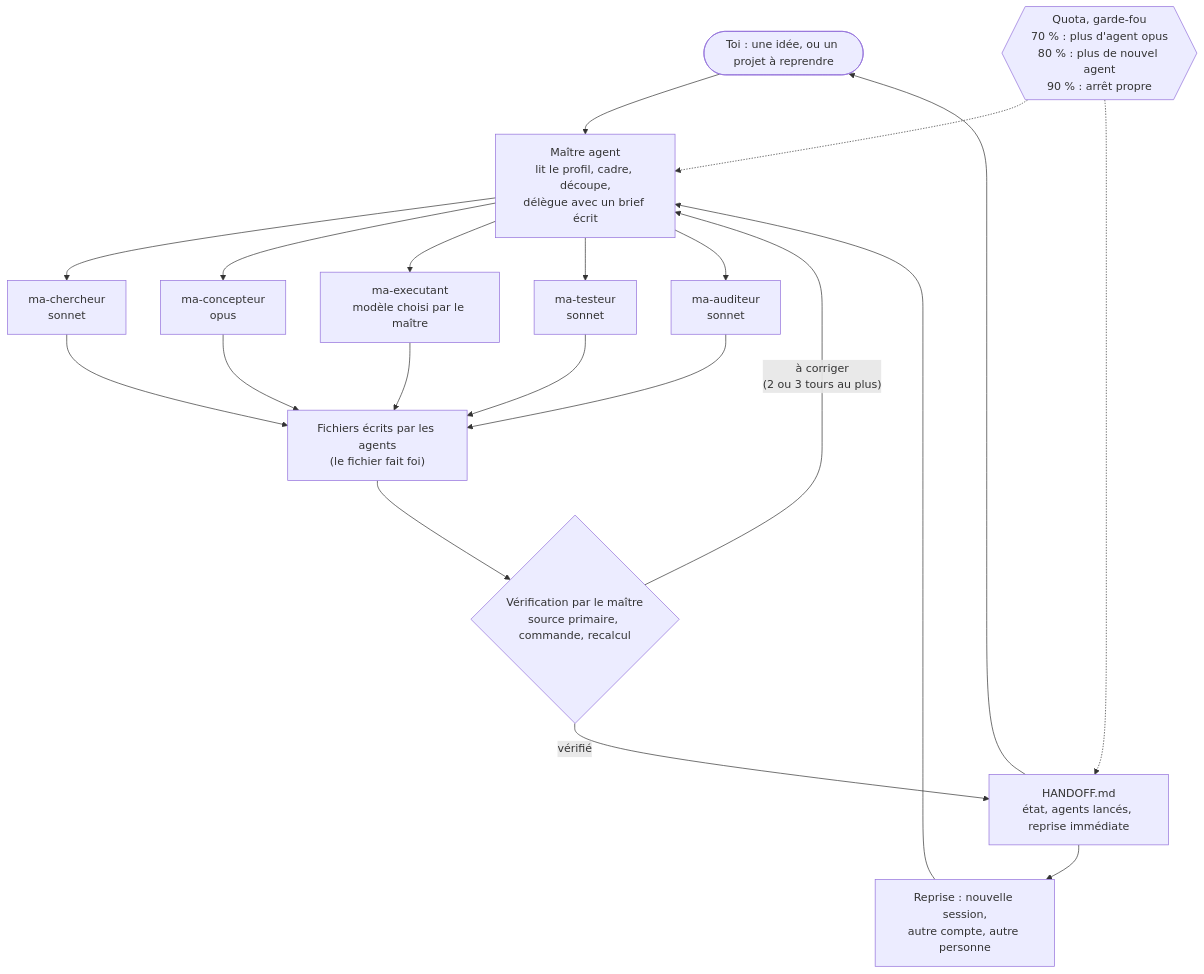
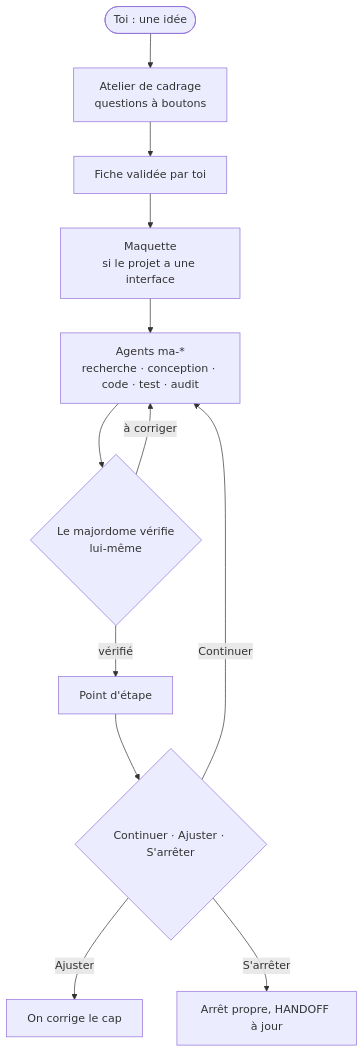
Before and after one commit to MalikChopa/diapason: the diagram in README.md, drawn with Mermaid. The commit also changed other lines of this file and 119 other files, not shown here.

Commit message:
majordome v1.4.0 : nouveau nom (ex-maitre-agent), correctifs des simulations, README court et guide

````diff
--- a/README.md
+++ b/README.md
@@ -50,26 +18,14 @@
 ```mermaid
 flowchart TD
-    U(["Toi : une idée, ou un projet à reprendre"]) --> M["Maître agent<br/>lit le profil, cadre, découpe,<br/>délègue avec un brief écrit"]
-
-    M --> A1["ma-chercheur<br/>sonnet"]
-    M --> A2["ma-concepteur<br/>opus"]
-    M --> A3["ma-executant<br/>modèle choisi par le maître"]
-    M --> A4["ma-testeur<br/>sonnet"]
-    M --> A5["ma-auditeur<br/>sonnet"]
-
-    A1 --> F["Fichiers écrits par les agents<br/>(le fichier fait foi)"]
-    A2 --> F
-    A3 --> F
-    A4 --> F
-    A5 --> F
-
-    F --> V{"Vérification par le maître<br/>source primaire, commande, recalcul"}
-    V -- "à corriger<br/>(2 ou 3 tours au plus)" --> M
-    V -- "vérifié" --> H["HANDOFF.md<br/>état, agents lancés, reprise immédiate"]
-    H --> R["Reprise : nouvelle session,<br/>autre compte, autre personne"]
-    R --> M
-    H --> U
-
-    Q{{"Quota, garde-fou<br/>70 % : plus d'agent opus<br/>80 % : plus de nouvel agent<br/>90 % : arrêt propre"}} -.-> M
-    Q -.-> H
+    U(["Toi : une idée"]) --> A["Atelier de cadrage<br/>questions à boutons"]
+    A --> F["Fiche validée par toi"]
+    F --> M["Maquette<br/>si le projet a une interface"]
+    M --> G["Agents ma-*<br/>recherche · conception · code · test · audit"]
+    G --> V{"Le majordome vérifie<br/>lui-même"}
+    V -- "à corriger" --> G
+    V -- "vérifié" --> P["Point d'étape"]
+    P --> C{"Continuer · Ajuster · S'arrêter"}
+    C -- "Continuer" --> G
+    C -- "Ajuster" --> J["On corrige le cap"]
+    C -- "S'arrêter" --> H["Arrêt propre, HANDOFF à jour"]
 ```
````
